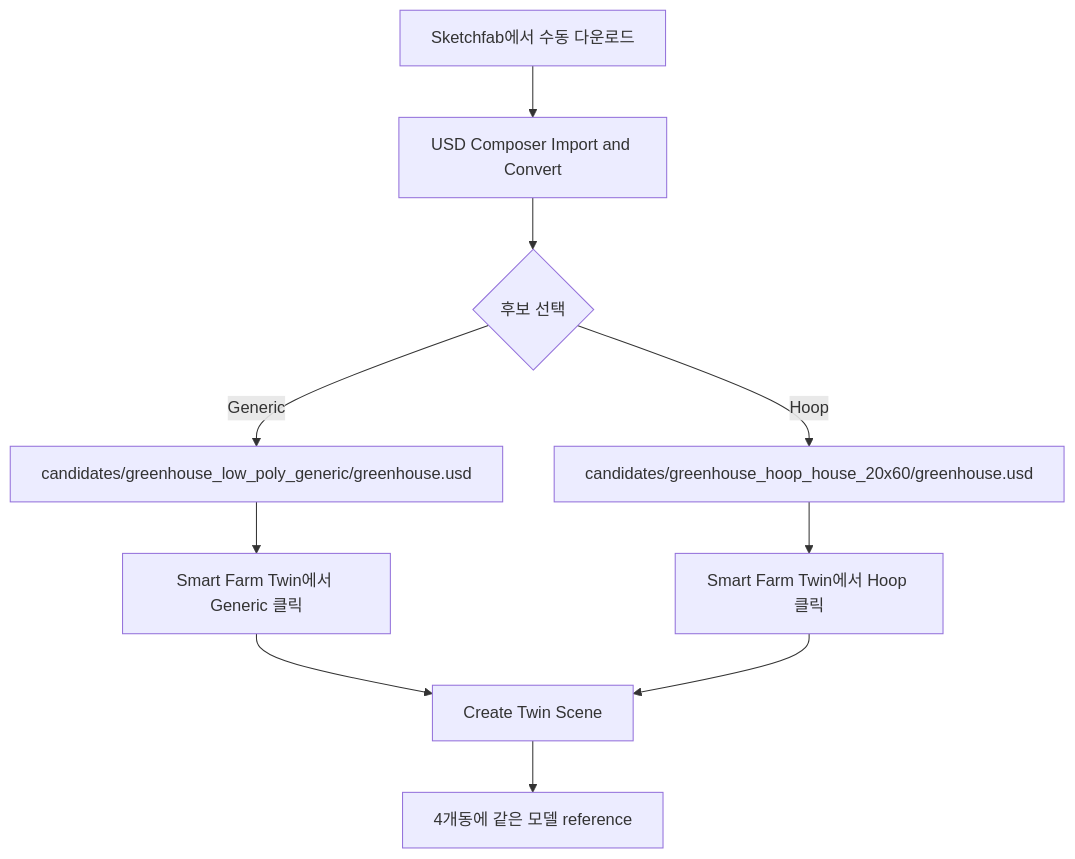
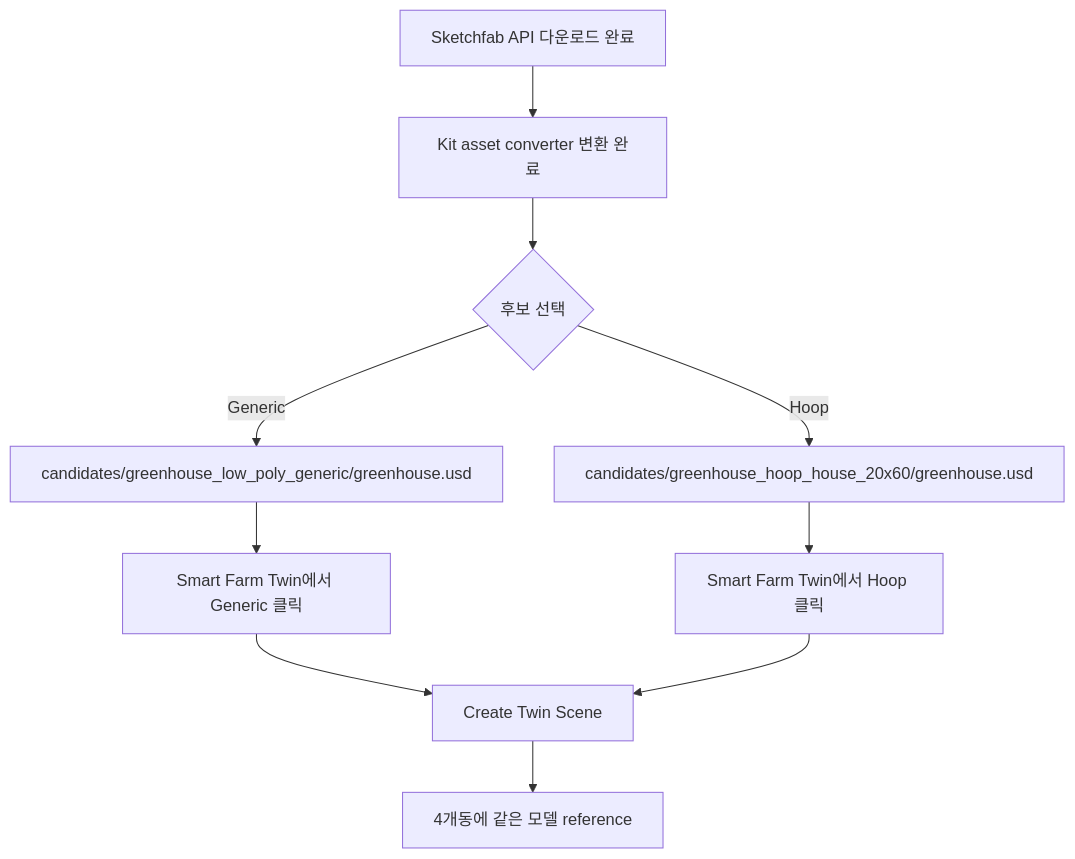
One commit to SJoon99/Creative-Self-Motivating changed the diagram in docs/Progess/2026-05-23-sketchfab-greenhouse-candidates.md. Above: the diagram before and after it, drawn with Mermaid. The commit also changed other lines of this file and 2 other files, not shown here.

````diff
--- a/docs/Progess/2026-05-23-sketchfab-greenhouse-candidates.md
+++ b/docs/Progess/2026-05-23-sketchfab-greenhouse-candidates.md
@@ -89,12 +101,12 @@
 ```mermaid
 flowchart TD
-    A[Sketchfab에서 수동 다운로드] --> B[USD Composer Import and Convert]
+    A[Sketchfab API 다운로드 완료] --> B[Kit asset converter 변환 완료]
     B --> C{후보 선택}
     C -->|Generic| D[candidates/greenhouse_low_poly_generic/greenhouse.usd]
     C -->|Hoop| E[candidates/greenhouse_hoop_house_20x60/greenhouse.usd]
     D --> F[Smart Farm Twin에서 Generic 클릭]
     E --> G[Smart Farm Twin에서 Hoop 클릭]
     F --> H[Create Twin Scene]
     G --> H
     H --> I[4개동에 같은 모델 reference]
 ```
````
